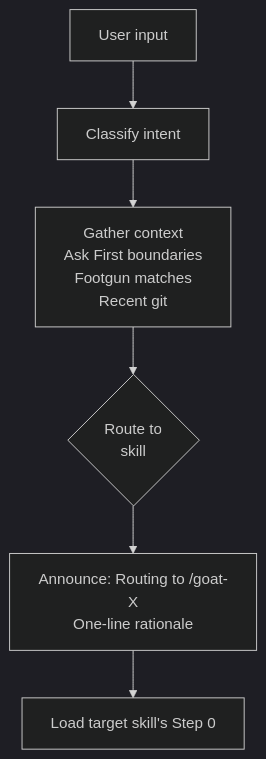
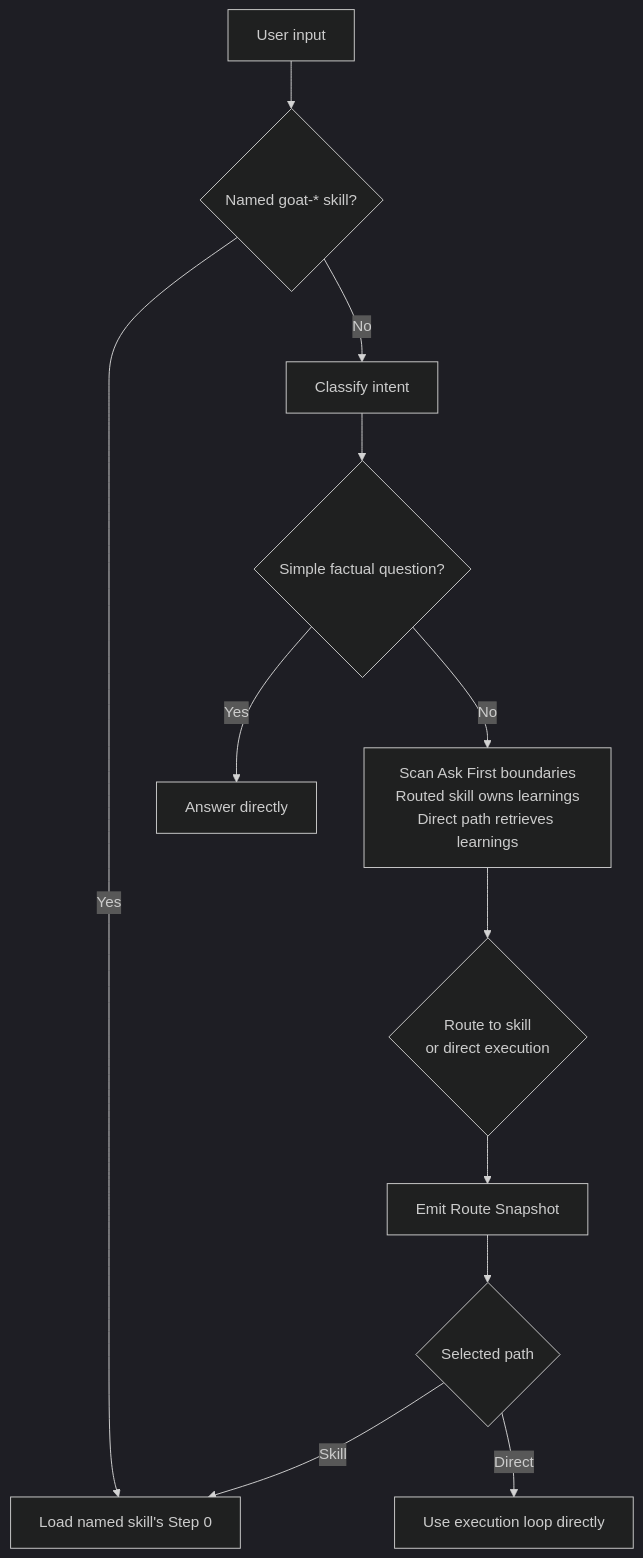
One commit to blundergoat/goat-flow changed the second of 9 diagrams in docs/skills.md. Above: the diagram before and after it, drawn with Mermaid (dark theme). The commit also changed other lines of this file and 31 other files, not shown here.

````diff
--- a/docs/skills.md
+++ b/docs/skills.md
@@ -65,8 +65,14 @@
 ```mermaid
 flowchart TD
-    Input["User input"] --> Understand["Classify intent"]
-    Understand --> Gather["Gather context\nAsk First boundaries\nFootgun matches\nRecent git"]
-    Gather --> Route{"Route to\nskill"}
-    Route --> Announce["Announce: Routing to /goat-X\nOne-line rationale"]
-    Announce --> Execute["Load target skill's Step 0"]
+    Input["User input"] --> Explicit{"Named goat-* skill?"}
+    Explicit -->|Yes| Execute["Load named skill's Step 0"]
+    Explicit -->|No| Understand["Classify intent"]
+    Understand --> Simple{"Simple factual question?"}
+    Simple -->|Yes| Answer["Answer directly"]
+    Simple -->|No| Gather["Scan Ask First boundaries\nRouted skill owns learnings\nDirect path retrieves learnings"]
+    Gather --> Route{"Route to skill\nor direct execution"}
+    Route --> Snapshot["Emit Route Snapshot"]
+    Snapshot --> Destination{"Selected path"}
+    Destination -->|Skill| Execute
+    Destination -->|Direct| Direct["Use execution loop directly"]
 ```
````
